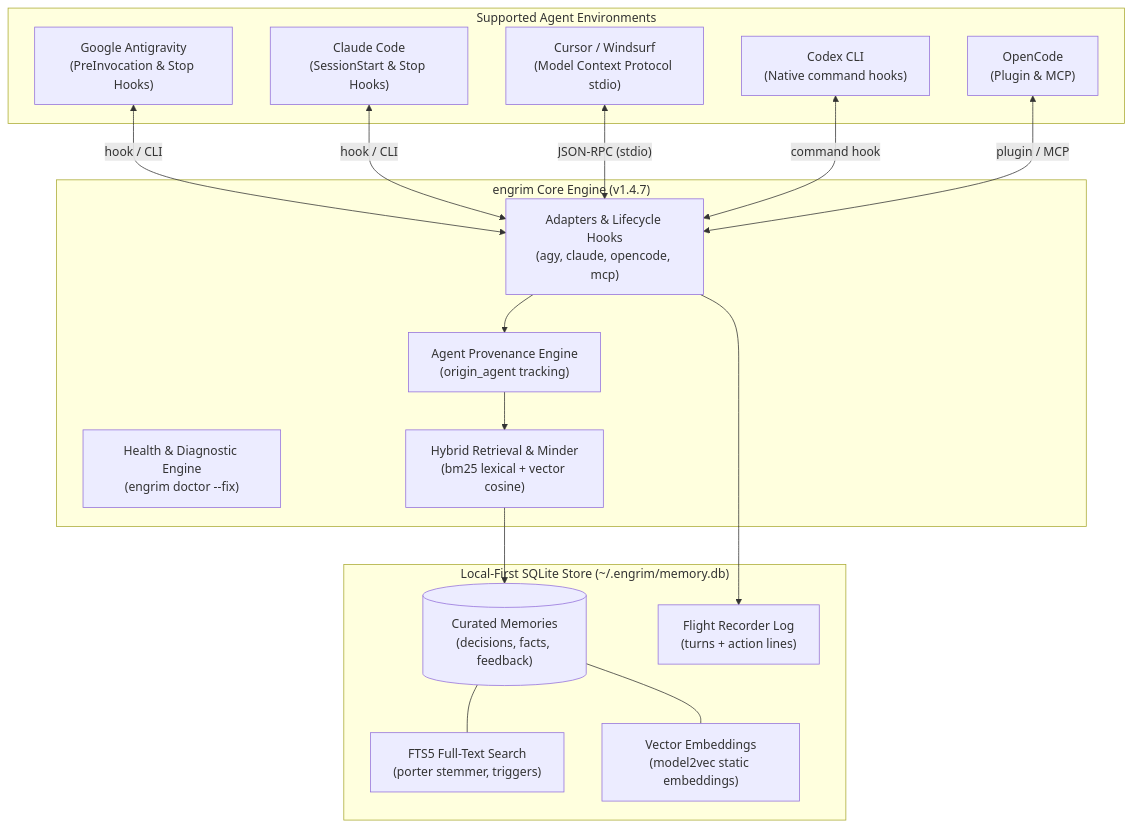
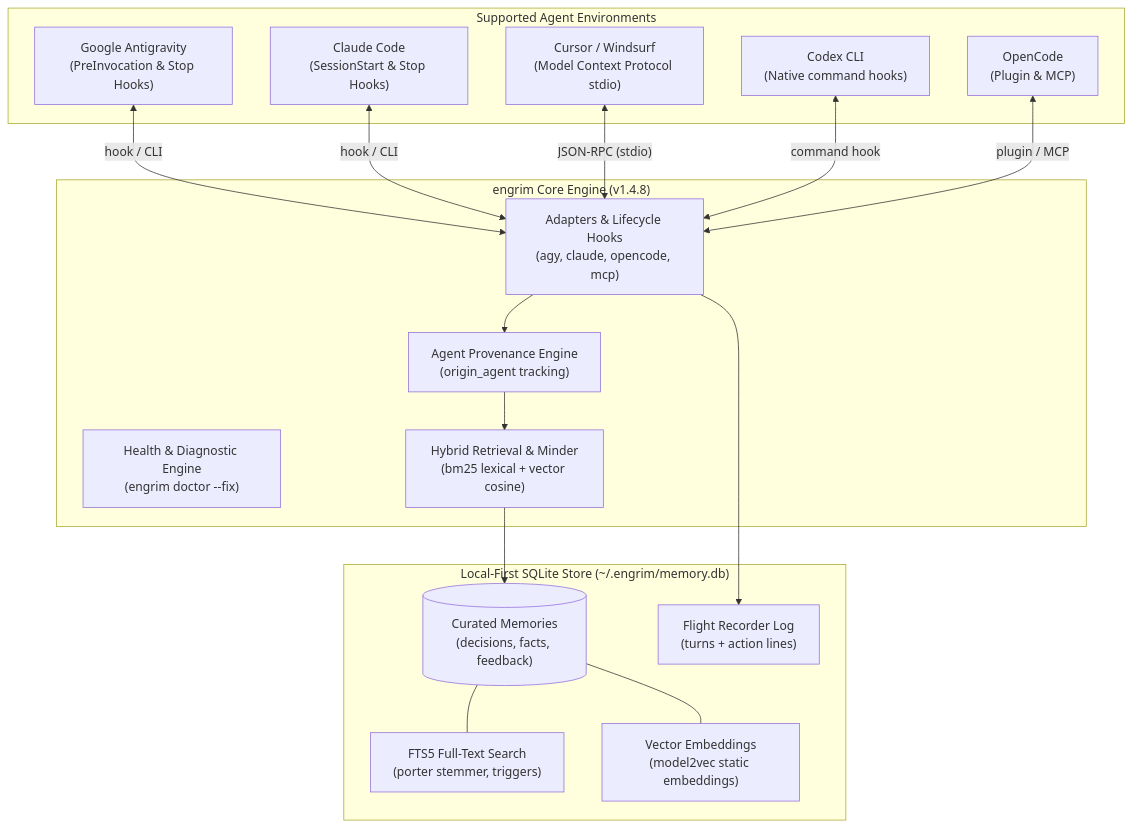
Before and after one commit to HinchK/engrim: the diagram in README.md, drawn with Mermaid. The commit also changed 6 other files, not shown here.

````diff
--- a/README.md
+++ b/README.md
@@ -39,36 +39,36 @@
 ```mermaid
 graph TD
     subgraph Agents ["Supported Agent Environments"]
         AGY["Google Antigravity<br/>(PreInvocation & Stop Hooks)"]
         CLAUDE["Claude Code<br/>(SessionStart & Stop Hooks)"]
         CURSOR["Cursor / Windsurf<br/>(Model Context Protocol stdio)"]
         CODEX["Codex CLI<br/>(Native command hooks)"]
         OPENCODE["OpenCode<br/>(Plugin & MCP)"]
     end
 
-    subgraph CoreEngine ["engrim Core Engine (v1.4.7)"]
+    subgraph CoreEngine ["engrim Core Engine (v1.4.8)"]
         ADAPTERS["Adapters & Lifecycle Hooks<br/>(agy, claude, opencode, mcp)"]
         DOCTOR["Health & Diagnostic Engine<br/>(engrim doctor --fix)"]
         PROVENANCE["Agent Provenance Engine<br/>(origin_agent tracking)"]
         ROUTER["Hybrid Retrieval & Minder<br/>(bm25 lexical + vector cosine)"]
     end
 
     subgraph Storage ["Local-First SQLite Store (~/.engrim/memory.db)"]
         MEMORIES[("Curated Memories<br/>(decisions, facts, feedback)")]
         FTS5["FTS5 Full-Text Search<br/>(porter stemmer, triggers)"]
         VEC["Vector Embeddings<br/>(model2vec static embeddings)"]
         LOG["Flight Recorder Log<br/>(turns + action lines)"]
     end
 
     AGY <-->|"hook / CLI"| ADAPTERS
     CLAUDE <-->|"hook / CLI"| ADAPTERS
     CURSOR <-->|"JSON-RPC (stdio)"| ADAPTERS
     CODEX <-->|"command hook"| ADAPTERS
     OPENCODE <-->|"plugin / MCP"| ADAPTERS
     ADAPTERS --> PROVENANCE
     PROVENANCE --> ROUTER
     ROUTER --> MEMORIES
     MEMORIES --- FTS5
     MEMORIES --- VEC
     ADAPTERS --> LOG
 ```
````
